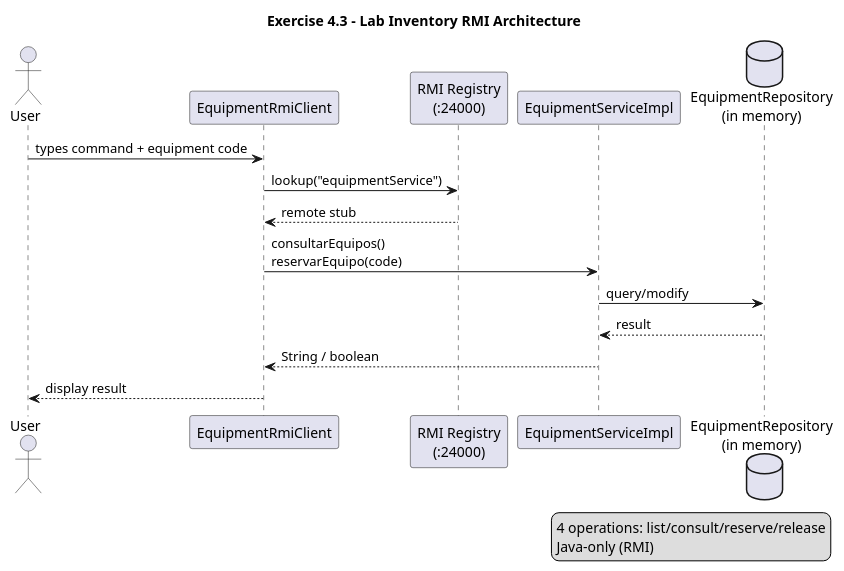
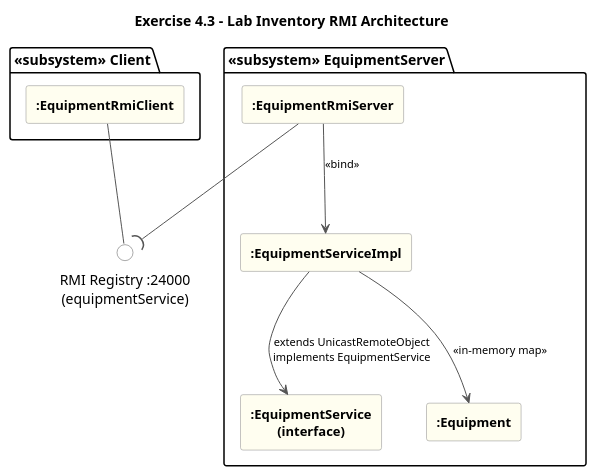
One commit to Juank-1030/Lab03-Arquitecturas-ARSW changed the diagram in docs/diagrams/exercise4_3_architecture.puml. Above: the diagram before and after it, drawn with PlantUML. The commit also changed 175 other files, not shown here.

Commit message:
implementacion final, diagramas, contexto de los diagramas, correcciones minimas en codigos, version 1.4

```diff
--- a/docs/diagrams/exercise4_3_architecture.puml
+++ b/docs/diagrams/exercise4_3_architecture.puml
@@ -1,24 +1,57 @@
 @startuml
+skinparam componentStyle rectangle
+skinparam backgroundColor white
+skinparam defaultTextAlignment center
+
+skinparam component {
+  BackgroundColor #FFFEF0
+  BorderColor #888888
+  FontSize 13
+  FontStyle bold
+  ArrowColor #555555
+}
+
+skinparam interface {
+  BackgroundColor white
+  BorderColor #555555
+}
+
+skinparam arrow {
+  Color #555555
+  FontSize 11
+}
+
 title Exercise 4.3 - Lab Inventory RMI Architecture
 
-actor "User" as user
-participant "EquipmentRmiClient" as client
-participant "RMI Registry\n(:24000)" as registry
-participant "EquipmentServiceImpl" as server
-database "EquipmentRepository\n(in memory)" as repo
+' Subsistemas
+package "«subsystem» Client" {
+  component ":EquipmentRmiClient" as Client
+}
 
-user -> client : types command + equipment code
-client -> registry : lookup("equipmentService")
-registry --> client : remote stub
-client -> server : consultarEquipos()\nreservarEquipo(code)
-server -> repo : query/modify
-repo --> server : result
-server --> client : String / boolean
-client --> user : display result
+package "«subsystem» EquipmentServer" {
+  component ":EquipmentRmiServer" as Server
+  component ":EquipmentServiceImpl" as ServiceImpl
+  component ":EquipmentService\n(interface)" as ServiceInterface
+  component ":Equipment" as EquipModel
+}
 
-legend right
-  4 operations: list/consult/reserve/release
-  Java-only (RMI)
-endlegend
+' Provided interfaces
+interface "RMI Registry :24000\n(equipmentService)" as IRmi
+
+' Conexiones (ball = provee, socket = requiere)
+' Server provee RMI
+Server --( IRmi
+
+' Client requiere RMI
+Client -- IRmi
+
+' Server registra implementacion
+Server --> ServiceImpl : <<bind>>
+
+' ServiceImpl implementa interfaz remota
+ServiceImpl --> ServiceInterface : extends UnicastRemoteObject\nimplements EquipmentService
+
+' ServiceImpl contiene BD interna (Map)
+ServiceImpl --> EquipModel : <<in-memory map>>
 
 @enduml
```
